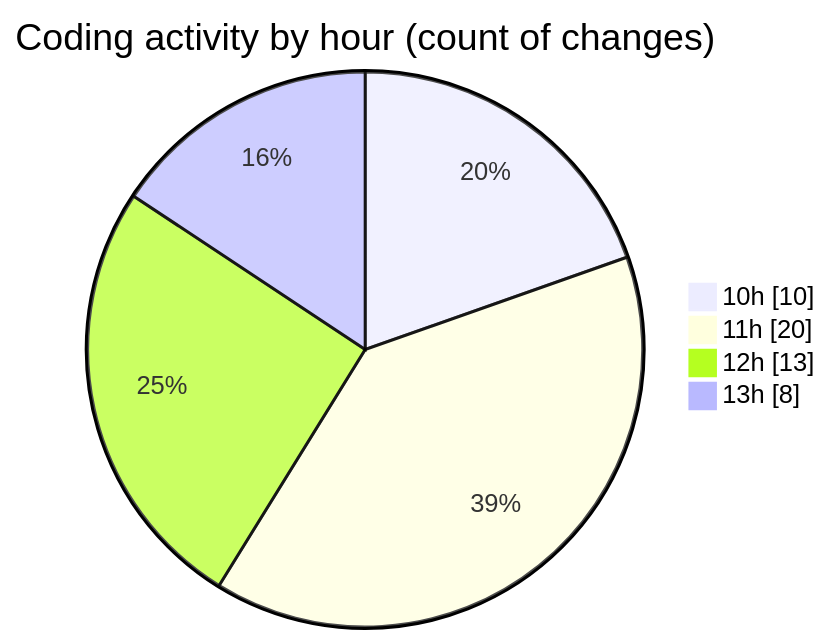
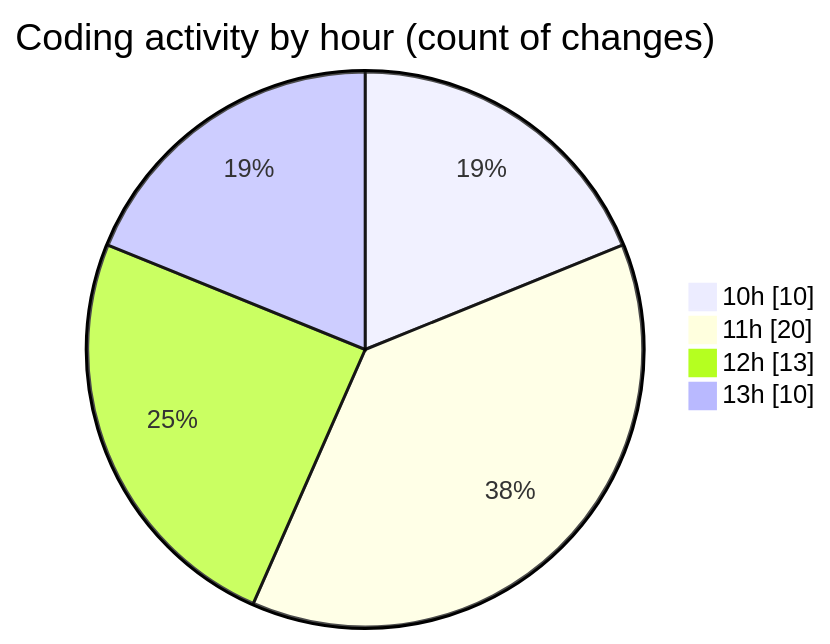
The second of 2 diagrams in 2025-03-31/jsvms/README.md (BS-eng2023/code-tracking), drawn with Mermaid before and after one commit. The commit also changed other lines of this file and 1 other file, not shown here.

````diff
--- a/2025-03-31/jsvms/README.md
+++ b/2025-03-31/jsvms/README.md
@@ -48,8 +49,8 @@
 ```mermaid
 pie showData
 title Coding activity by hour (count of changes)
 "10h" : 10
 "11h" : 20
 "12h" : 13
-"13h" : 8
+"13h" : 10
 ```
````
